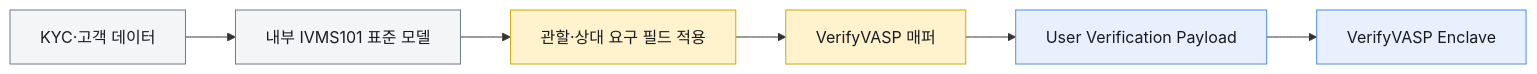
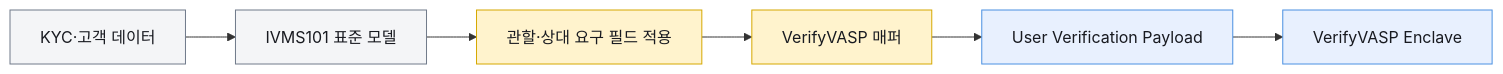
Before and after one commit to eunsujeo/eunpus: the diagram in blockchain-manager/docs/디지털 자산/트래블룰/03-ivms101-verifyvasp-mapping.md, drawn with Mermaid. The commit also changed other lines of this file and 34 other files, not shown here.

````diff
--- a/blockchain-manager/docs/디지털 자산/트래블룰/03-ivms101-verifyvasp-mapping.md
+++ b/blockchain-manager/docs/디지털 자산/트래블룰/03-ivms101-verifyvasp-mapping.md
@@ -13,15 +13,15 @@
 ```mermaid
 flowchart LR
-    KYC[KYC·고객 데이터] --> STD[내부 IVMS101 표준 모델]
+    KYC[KYC·고객 데이터] --> STD[IVMS101 표준 모델]
     STD --> RULE[관할·상대 요구 필드 적용]
     RULE --> MAP[VerifyVASP 매퍼]
     MAP --> API[User Verification Payload]
     API --> VV[VerifyVASP Enclave]
 
     classDef source fill:#f4f5f7,stroke:#707a8a,color:#181a20
     classDef control fill:#fff3cd,stroke:#d6a800,color:#181a20
     classDef external fill:#e8f0fe,stroke:#4a90e2,color:#181a20
     class KYC,STD source
     class RULE,MAP control
     class API,VV external
 ```
````
